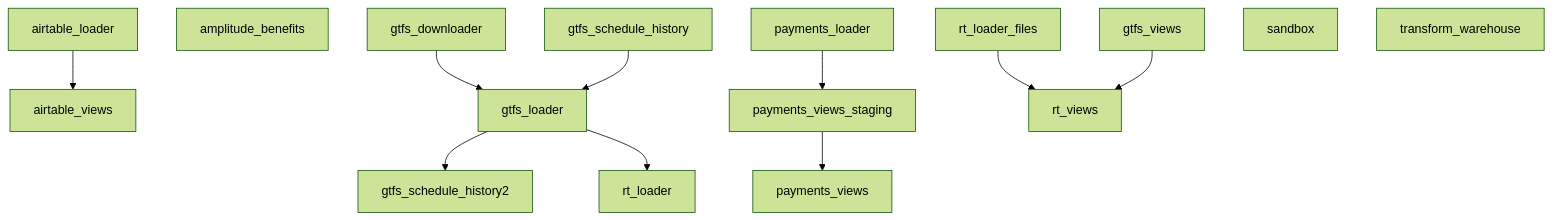
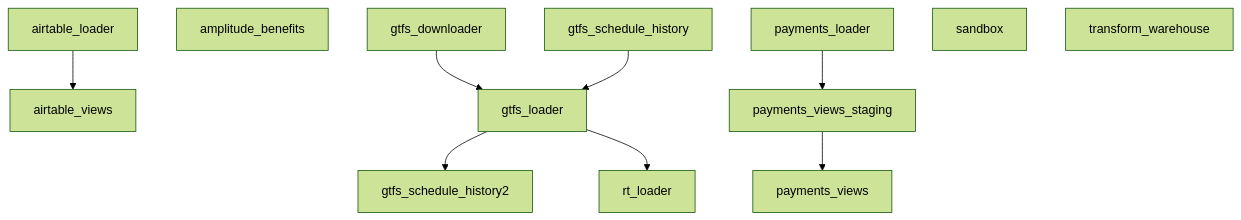
The diagram in docs/airflow/production-maintenance.md (cal-itp/data-infra), drawn with Mermaid (forest theme) before and after one commit. The commit also changed other lines of this file and 1 other file, not shown here.

Commit message:
rt views --> dbt: update docs again and remove unused dummy task

````diff
--- a/docs/airflow/production-maintenance.md
+++ b/docs/airflow/production-maintenance.md
@@ -49,15 +49,13 @@
 ```{mermaid}
   graph TD;
       airtable_loader-->airtable_views;
       amplitude_benefits;
       gtfs_downloader-->gtfs_loader;
       gtfs_schedule_history-->gtfs_loader;
       gtfs_loader-->gtfs_schedule_history2;
       payments_loader-->payments_views_staging;
       payments_views_staging-->payments_views;
       gtfs_loader-->rt_loader;
-      rt_loader_files-->rt_views;
-      gtfs_views-->rt_views;
       sandbox;
       transform_warehouse;
 ```
````
